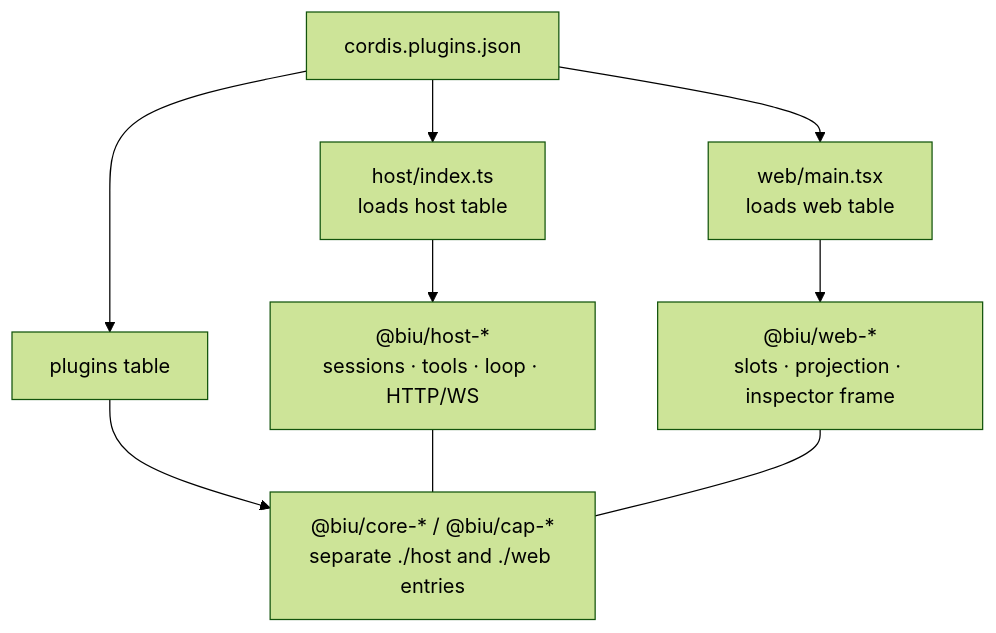
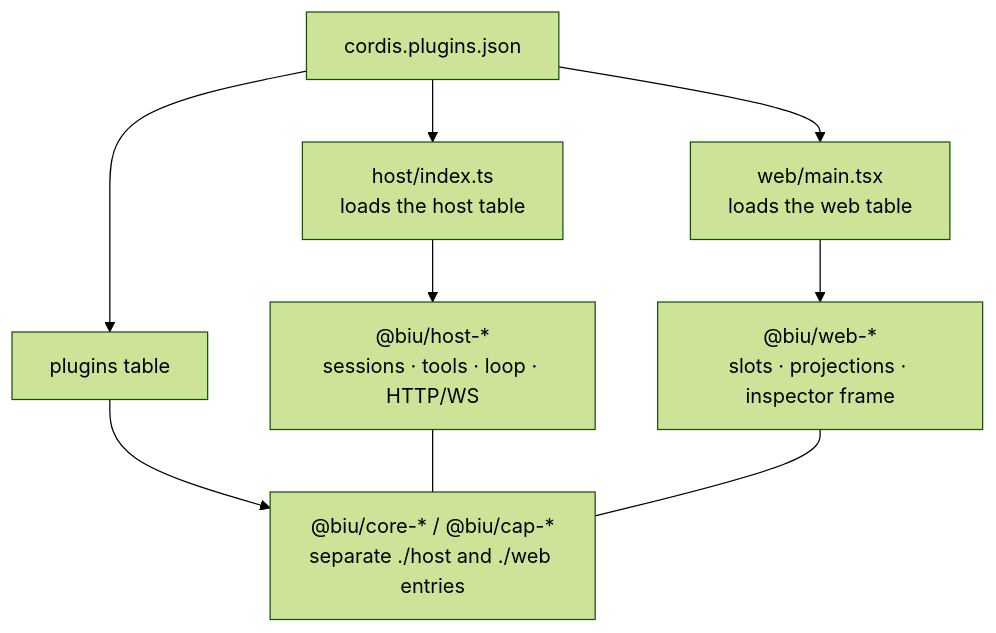
Before and after one commit to helloooooooooooooo97/biu: the second of 2 diagrams in README.md, drawn with Mermaid (forest theme). The commit also changed other lines of this file and 1 other file, not shown here.

````diff
--- a/README.md
+++ b/README.md
@@ -293,13 +643,13 @@
 ```mermaid
 flowchart TB
   JSON["cordis.plugins.json"]
-  JSON --> HostLoad["host/index.ts<br/>loads host table"]
-  JSON --> WebLoad["web/main.tsx<br/>loads web table"]
+  JSON --> HostLoad["host/index.ts<br/>loads the host table"]
+  JSON --> WebLoad["web/main.tsx<br/>loads the web table"]
   JSON --> Caps["plugins table"]
 
   HostLoad --> Kernel["@biu/host-*<br/>sessions · tools · loop · HTTP/WS"]
-  WebLoad --> Shell["@biu/web-*<br/>slots · projection · inspector frame"]
+  WebLoad --> Shell["@biu/web-*<br/>slots · projections · inspector frame"]
   Caps --> Cap["@biu/core-* / @biu/cap-*<br/>separate ./host and ./web entries"]
   Kernel --- Cap
   Shell --- Cap
 ```
````
